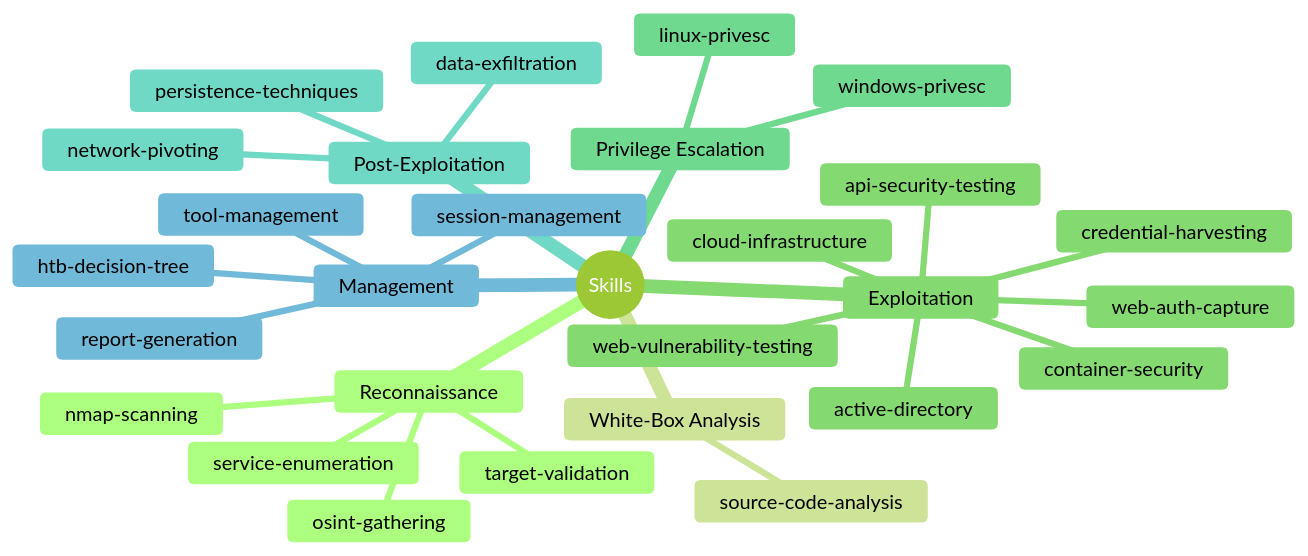
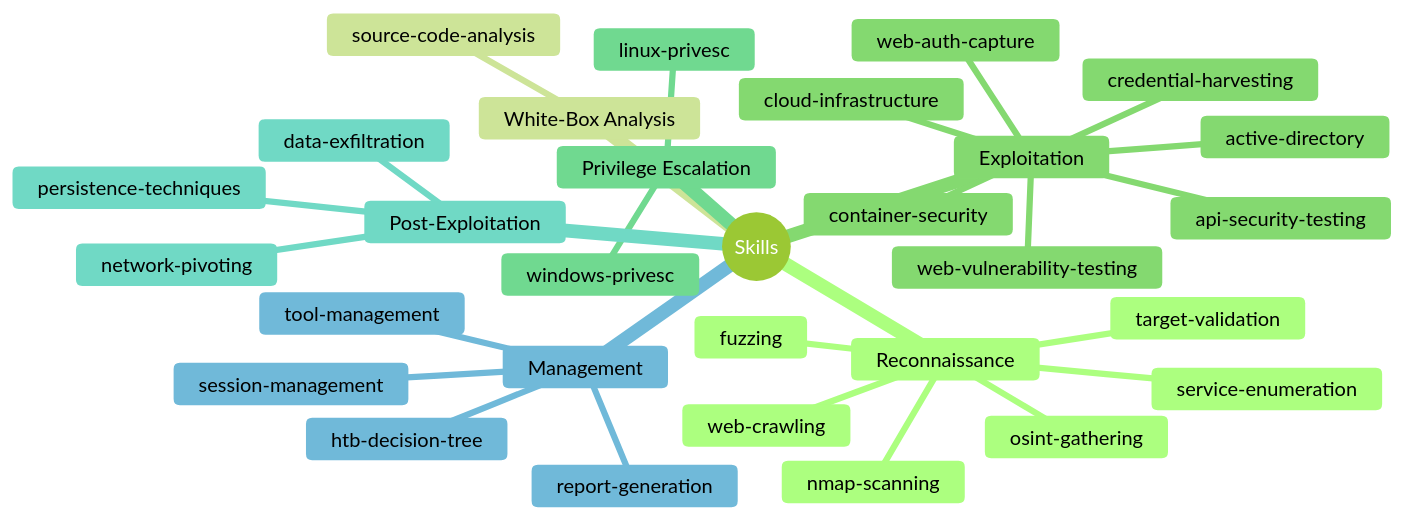
One commit to goldenapplestudios/Clicky changed the first of 7 diagrams in docs/skills.md. Above: the diagram before and after it, drawn with Mermaid (forest theme). The commit also changed other lines of this file and 13 other files, not shown here.

````diff
--- a/docs/skills.md
+++ b/docs/skills.md
@@ -11,31 +11,33 @@
 ```mermaid
 mindmap
   root((Skills))
     Reconnaissance
       nmap-scanning
       service-enumeration
       osint-gathering
       target-validation
+      fuzzing
+      web-crawling
     White-Box Analysis
       source-code-analysis
     Exploitation
       web-vulnerability-testing
       api-security-testing
       credential-harvesting
       web-auth-capture
       active-directory
       container-security
       cloud-infrastructure
     Privilege Escalation
       linux-privesc
       windows-privesc
     Post-Exploitation
       persistence-techniques
       data-exfiltration
       network-pivoting
     Management
       session-management
       htb-decision-tree
       tool-management
       report-generation
 ```
````
